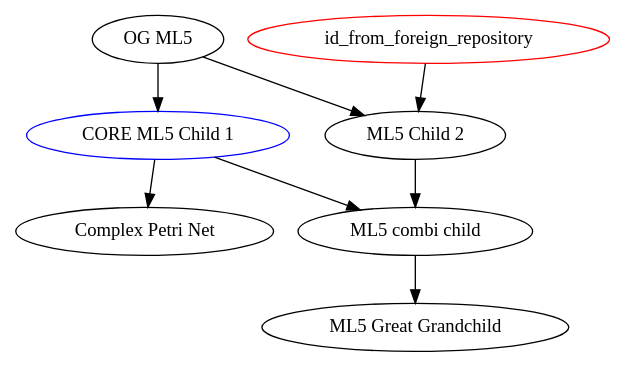
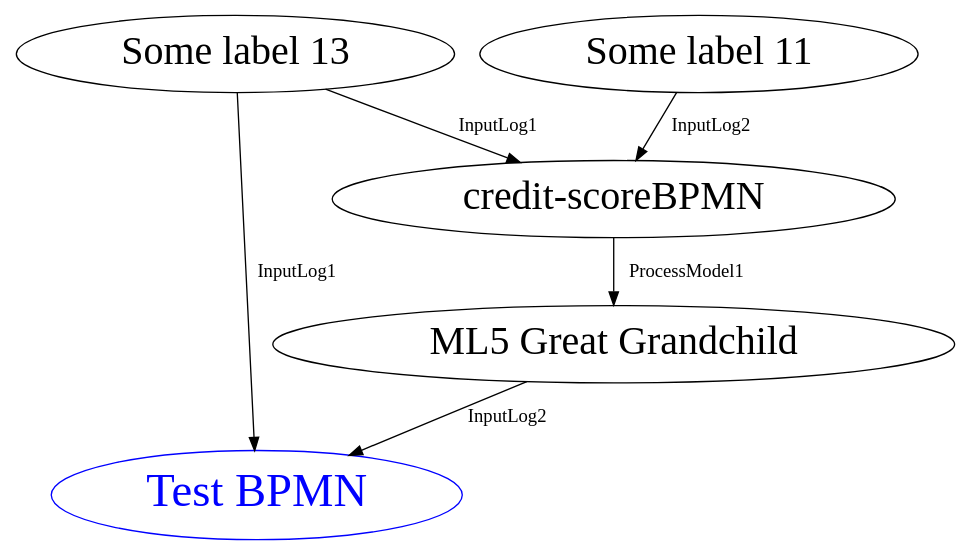
Before and after one commit to ProcessDryLab-master-project/Repository: the diagram in Resources/DOT/test.dot, drawn with Graphviz. The commit also changed 4 other files, not shown here.

```diff
--- a/Resources/DOT/test.dot
+++ b/Resources/DOT/test.dot
@@ -1,18 +1,14 @@
-digraph "49dd7eeb-5d34-4829-a2d3-8e052c64cd0f"
+digraph "da282422-c412-4ec3-bc96-34d34e5bb65e"
 {
-	"fe960d94-5928-4463-b0f8-c59072b5d449" [ color = "blue", label = "CORE ML5 Child 1" ]
-	"c3339b12-bdd6-4bfd-8f25-080fcec6b981" [ label = "OG ML5" ]
-	"c3339b12-bdd6-4bfd-8f25-080fcec6b981" -> "fe960d94-5928-4463-b0f8-c59072b5d449" 
-	"4a558af6-8257-4728-af50-22d2f22e4d79" [ label = "ML5 Child 2" ]
-	"c3339b12-bdd6-4bfd-8f25-080fcec6b981" -> "4a558af6-8257-4728-af50-22d2f22e4d79" 
-	"id_from_foreign_repository" [ color = "red" ]
-	"id_from_foreign_repository" -> "4a558af6-8257-4728-af50-22d2f22e4d79" 
-	"1d7c0255-e376-4caa-b25c-585176a4c799" [ label = "ML5 combi child" ]
-	"4a558af6-8257-4728-af50-22d2f22e4d79" -> "1d7c0255-e376-4caa-b25c-585176a4c799" 
-	"fe960d94-5928-4463-b0f8-c59072b5d449" [ label = "CORE ML5 Child 1" ]
-	"fe960d94-5928-4463-b0f8-c59072b5d449" -> "1d7c0255-e376-4caa-b25c-585176a4c799" 
-	"09d57d96-4c46-423a-ae29-0f8da770b2b8" [ label = "Complex Petri Net" ]
-	"fe960d94-5928-4463-b0f8-c59072b5d449" -> "09d57d96-4c46-423a-ae29-0f8da770b2b8" 
-	"988366f1-6bce-4d7b-9859-86b7e77ac244" [ label = "ML5 Great Grandchild" ]
-	"1d7c0255-e376-4caa-b25c-585176a4c799" -> "988366f1-6bce-4d7b-9859-86b7e77ac244" 
+	"08ac06ea-4005-4e31-ae69-7ffc0447b332" [ color = "blue", fontcolor = "blue", fontsize = 35, label = "Test BPMN" ]
+	"fe960d94-5928-4463-b0f8-c59072b5d449" [ fontsize = 30, label = "Some label 13" ]
+	"fe960d94-5928-4463-b0f8-c59072b5d449" -> "08ac06ea-4005-4e31-ae69-7ffc0447b332" [ label = "InputLog1", labelfontsize = 5 ]
+	"01a5aebe-42c6-42f1-87cf-c8de11779d8b" [ fontsize = 30, label = "ML5 Great Grandchild" ]
+	"01a5aebe-42c6-42f1-87cf-c8de11779d8b" -> "08ac06ea-4005-4e31-ae69-7ffc0447b332" [ label = "InputLog2", labelfontsize = 5 ]
+	"1321d984-17b6-4ec1-93c7-26ad4cedc85d" [ fontsize = 30, label = "credit-scoreBPMN" ]
+	"1321d984-17b6-4ec1-93c7-26ad4cedc85d" -> "01a5aebe-42c6-42f1-87cf-c8de11779d8b" [ label = "ProcessModel1", labelfontsize = 5 ]
+	"fe960d94-5928-4463-b0f8-c59072b5d449" [ fontsize = 30, label = "Some label 13" ]
+	"fe960d94-5928-4463-b0f8-c59072b5d449" -> "1321d984-17b6-4ec1-93c7-26ad4cedc85d" [ label = "InputLog1", labelfontsize = 5 ]
+	"db9bb61c-f9a9-4d0f-ad3d-f2b5d881581e" [ fontsize = 30, label = "Some label 11" ]
+	"db9bb61c-f9a9-4d0f-ad3d-f2b5d881581e" -> "1321d984-17b6-4ec1-93c7-26ad4cedc85d" [ label = "InputLog2", labelfontsize = 5 ]
 }
```
